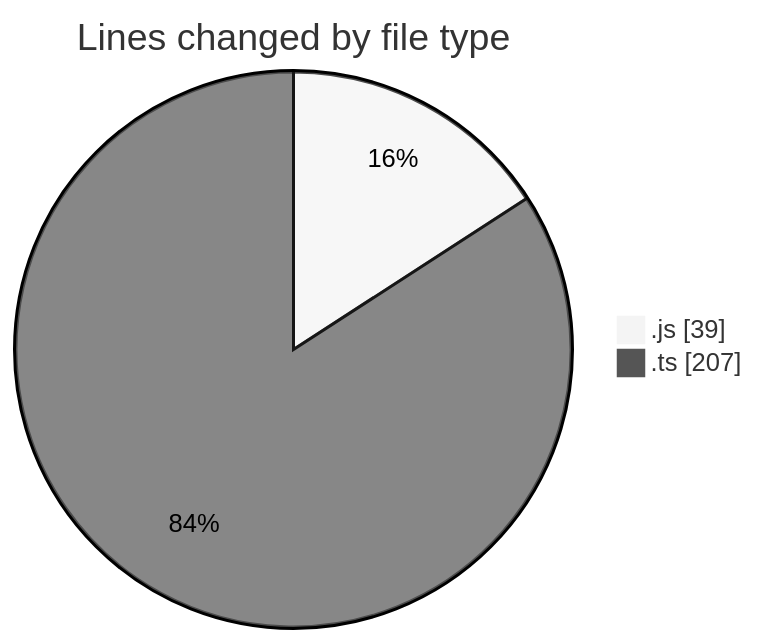
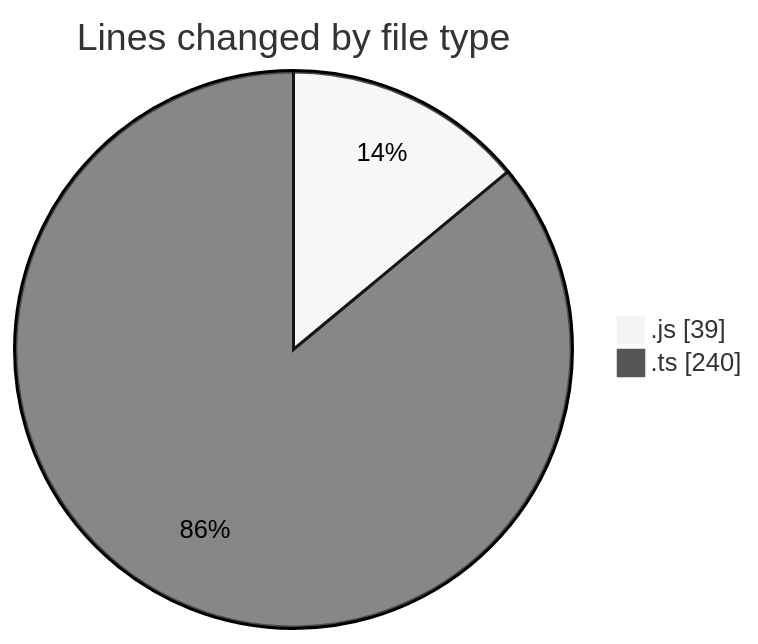
The first of 2 diagrams in 2025-06-19/cda/README.md (momahboobian/code-tracking), drawn with Mermaid (neutral theme) before and after one commit. The commit also changed other lines of this file and 1 other file, not shown here.

````diff
--- a/2025-06-19/cda/README.md
+++ b/2025-06-19/cda/README.md
@@ -22,6 +22,6 @@
 ```mermaid
 pie showData
 title Lines changed by file type
 ".js" : 39
-".ts" : 207
+".ts" : 240
 ```
````
